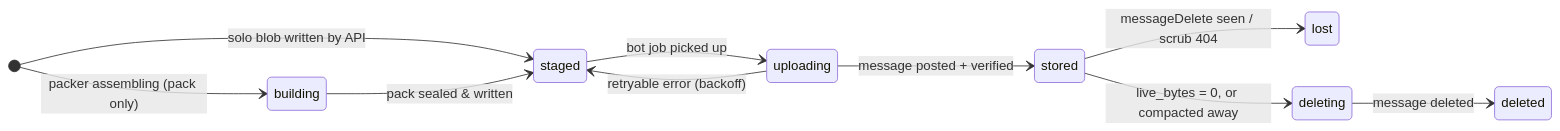
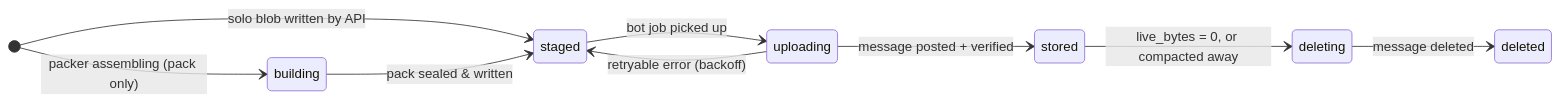
Before and after one commit to AlexB8675/DFS: the fifth of 10 diagrams in docs/DESIGN.md, drawn with Mermaid. The commit also changed other lines of this file and 50 other files, not shown here.

````diff
--- a/docs/DESIGN.md
+++ b/docs/DESIGN.md
@@ -367,13 +363,12 @@
 ```mermaid
 stateDiagram-v2
     direction LR
     [*] --> building : packer assembling (pack only)
     [*] --> staged : solo blob written by API
     building --> staged : pack sealed & written
     staged --> uploading : bot job picked up
     uploading --> stored : message posted + verified
     uploading --> staged : retryable error (backoff)
-    stored --> lost : messageDelete seen / scrub 404
     stored --> deleting : live_bytes = 0, or compacted away
     deleting --> deleted : message deleted
 ```
````
